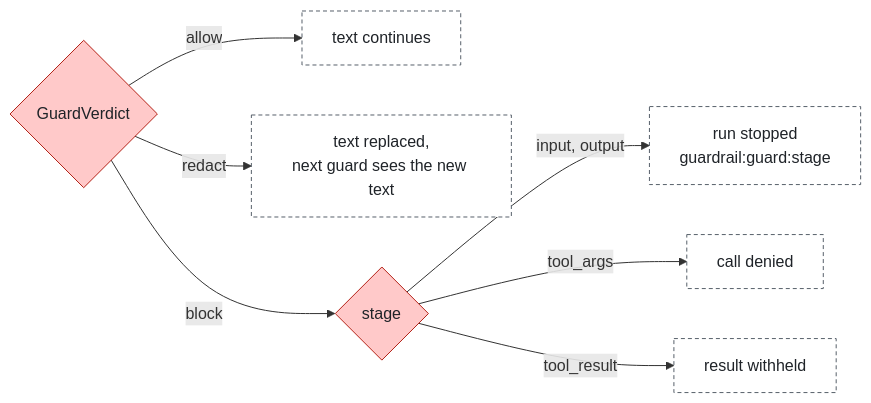
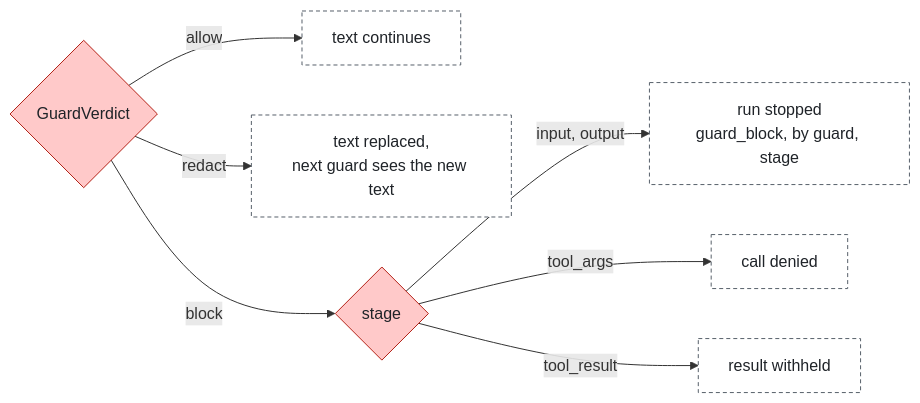
Before and after one commit to aantenore/agent-layers: the third of 3 diagrams in docs/layers/guardrail.md, drawn with Mermaid. The commit also changed other lines of this file and 26 other files, not shown here.

````diff
--- a/docs/layers/guardrail.md
+++ b/docs/layers/guardrail.md
@@ -63,12 +65,12 @@
 ```mermaid
 flowchart LR
   verdict{"GuardVerdict"}:::control
   verdict -->|"allow"| pass["text continues"]:::external
   verdict -->|"redact"| red["text replaced,<br/>next guard sees the new text"]:::external
   verdict -->|"block"| blk{"stage"}:::control
-  blk -->|"input, output"| stop["run stopped<br/>guardrail:guard:stage"]:::external
+  blk -->|"input, output"| stop["run stopped<br/>guard_block, by guard, stage"]:::external
   blk -->|"tool_args"| den["call denied"]:::external
   blk -->|"tool_result"| wh["result withheld"]:::external
   classDef control fill:#ffc9c9,stroke:#b42318,color:#1f2328
   classDef external fill:#ffffff,stroke:#57606a,color:#1f2328,stroke-dasharray:4 3
 ```
````
